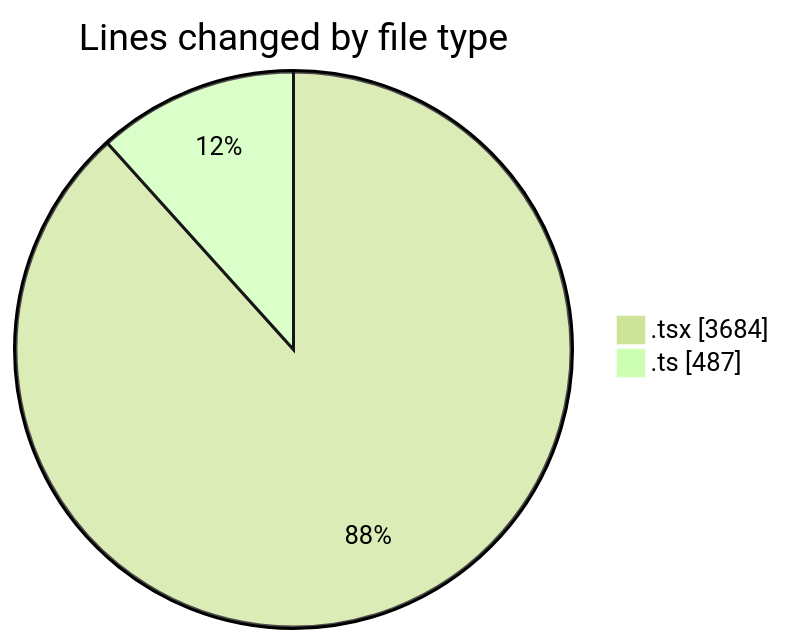
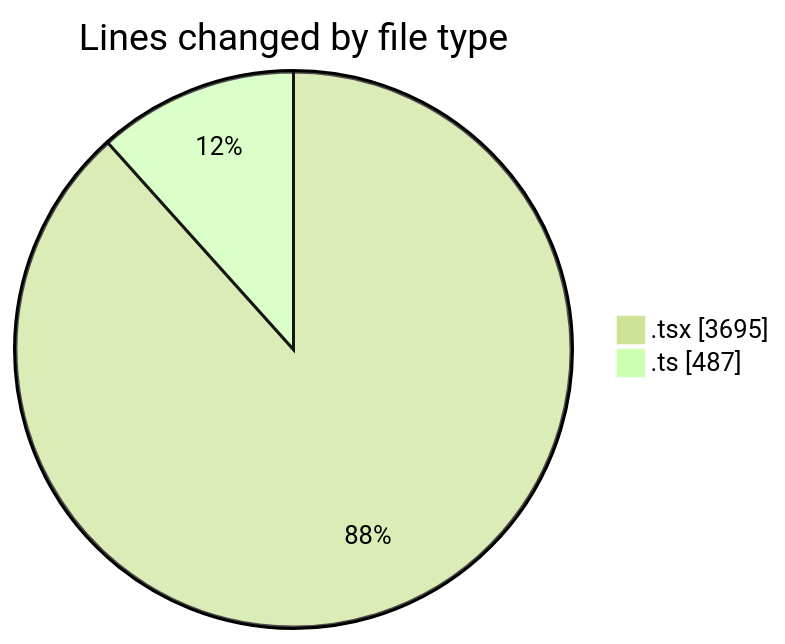
One commit to nxtqubesakshisongat/code-tracking changed the first of 2 diagrams in 2026-03-31/nxtqube_webapp/README.md. Above: the diagram before and after it, drawn with Mermaid (forest theme). The commit also changed other lines of this file and 1 other file, not shown here.

````diff
--- a/2026-03-31/nxtqube_webapp/README.md
+++ b/2026-03-31/nxtqube_webapp/README.md
@@ -23,6 +23,6 @@
 ```mermaid
 pie showData
 title Lines changed by file type
-".tsx" : 3684
+".tsx" : 3695
 ".ts" : 487
 ```
````
